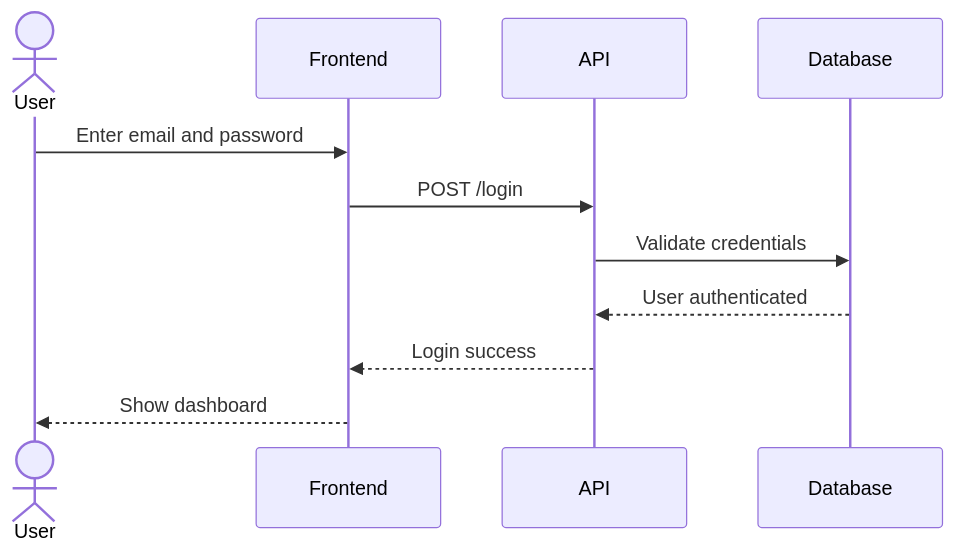
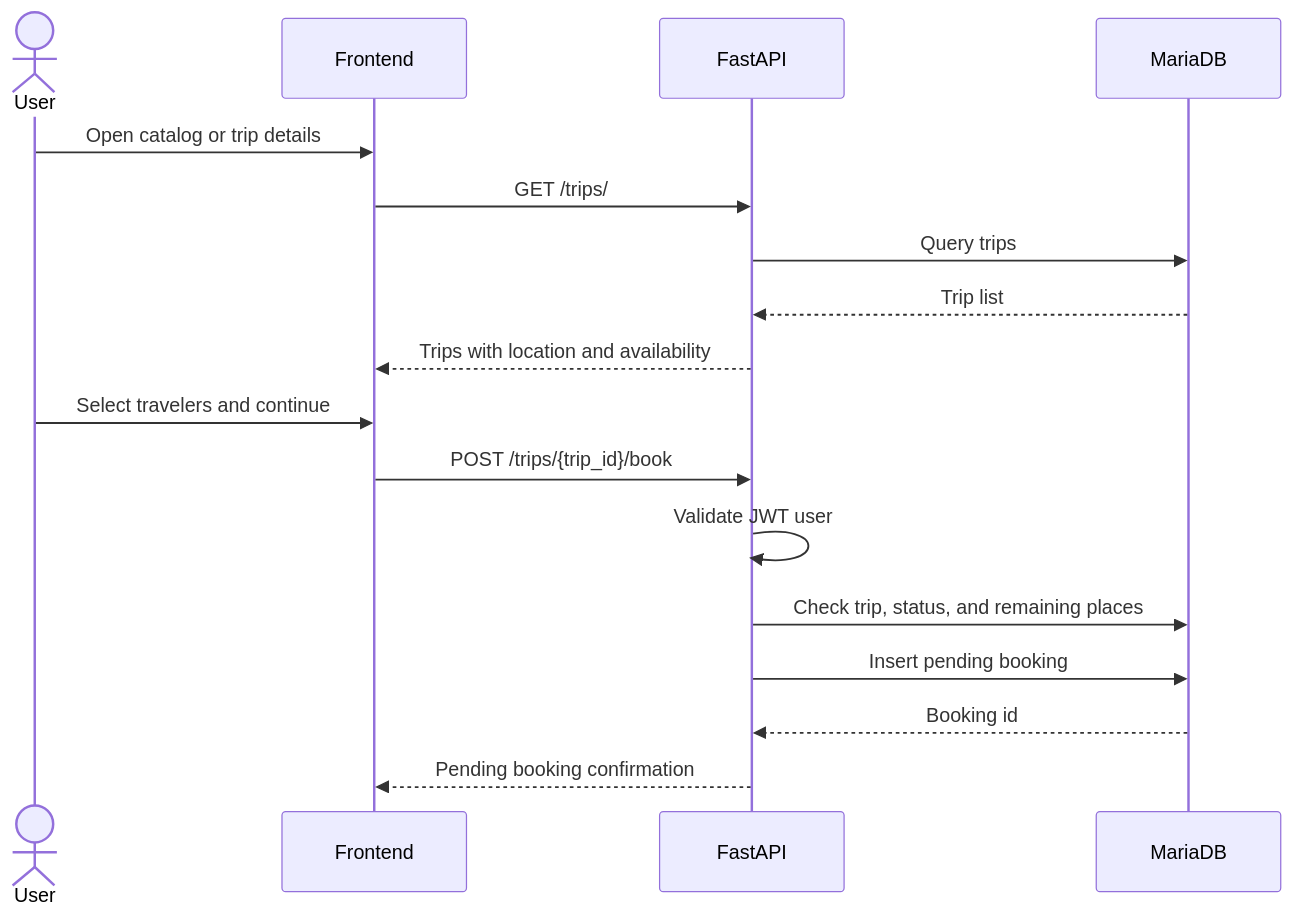
Before and after one commit to wbt2526/team-7: the second of 5 diagrams in doc/sequence-diagrams.md, drawn with Mermaid. The commit also changed other lines of this file and 15 other files, not shown here.

````diff
--- a/doc/sequence-diagrams.md
+++ b/doc/sequence-diagrams.md
@@ -24,14 +29,21 @@
 ```mermaid
 sequenceDiagram
-actor User
-participant Frontend
-participant API
-participant DB as Database
+    actor User
+    participant Frontend
+    participant API as FastAPI
+    participant DB as MariaDB
 
-User->>Frontend: Enter email and password
-Frontend->>API: POST /login
-API->>DB: Validate credentials
-DB-->>API: User authenticated
-API-->>Frontend: Login success
-Frontend-->>User: Show dashboard
+    User->>Frontend: Open catalog or trip details
+    Frontend->>API: GET /trips/
+    API->>DB: Query trips
+    DB-->>API: Trip list
+    API-->>Frontend: Trips with location and availability
+
+    User->>Frontend: Select travelers and continue
+    Frontend->>API: POST /trips/{trip_id}/book
+    API->>API: Validate JWT user
+    API->>DB: Check trip, status, and remaining places
+    API->>DB: Insert pending booking
+    DB-->>API: Booking id
+    API-->>Frontend: Pending booking confirmation
 ```
````
